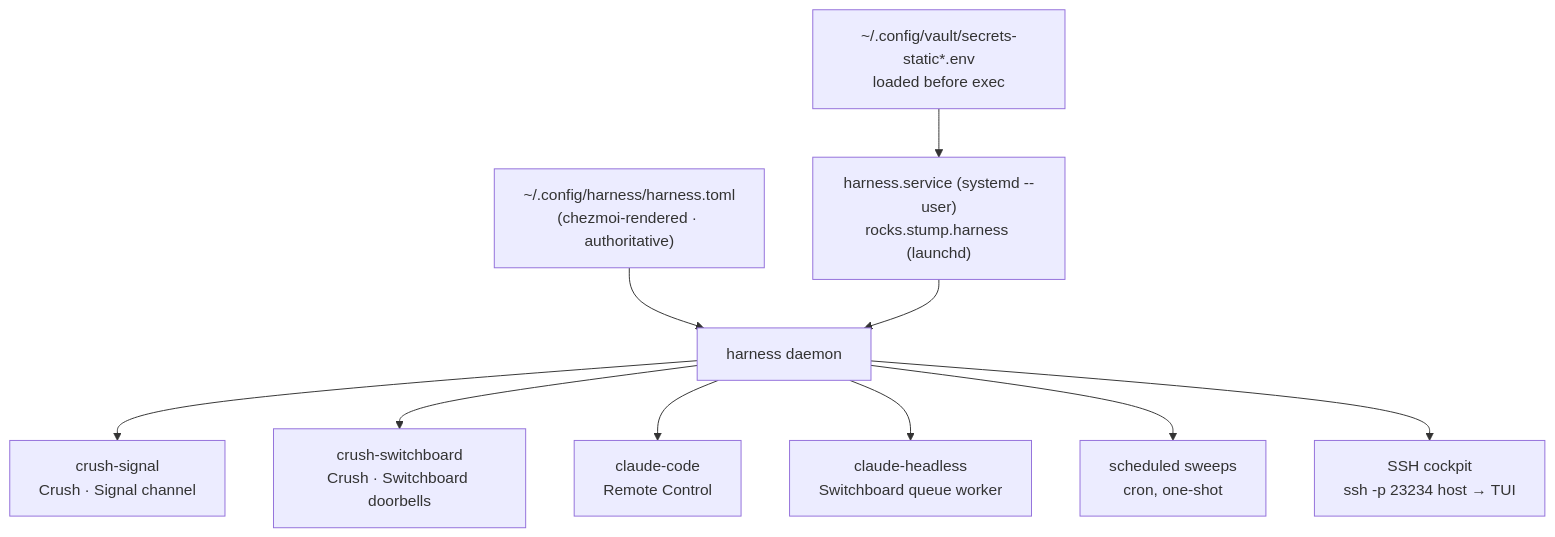
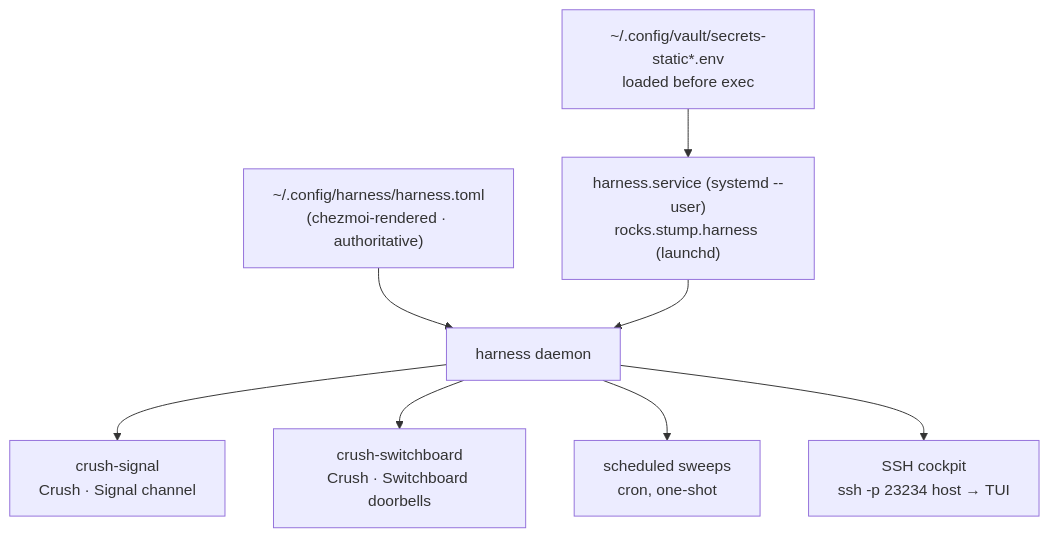
The diagram in website/docs/claude/harness.md (joestump/dotfiles), drawn with Mermaid before and after one commit. The commit also changed other lines of this file and 13 other files, not shown here.

First line of the commit message:
toil(harness): drop the Claude Code harnesses and switchboard MCP

````diff
--- a/website/docs/claude/harness.md
+++ b/website/docs/claude/harness.md
@@ -17,15 +17,13 @@
 ```mermaid
 flowchart TD
     toml["~/.config/harness/harness.toml<br/>(chezmoi-rendered · authoritative)"]
     unit["harness.service (systemd --user)<br/>rocks.stump.harness (launchd)"]
     env["~/.config/vault/secrets-static*.env<br/>loaded before exec"]
     d["harness daemon"]
     toml --> d
     env --> unit --> d
     d --> a1["crush-signal<br/>Crush · Signal channel"]
     d --> a1b["crush-switchboard<br/>Crush · Switchboard doorbells"]
-    d --> a2["claude-code<br/>Remote Control"]
-    d --> a3["claude-headless<br/>Switchboard queue worker"]
     d --> a4["scheduled sweeps<br/>cron, one-shot"]
     d --> ssh["SSH cockpit<br/>ssh -p 23234 host → TUI"]
 ```
````
